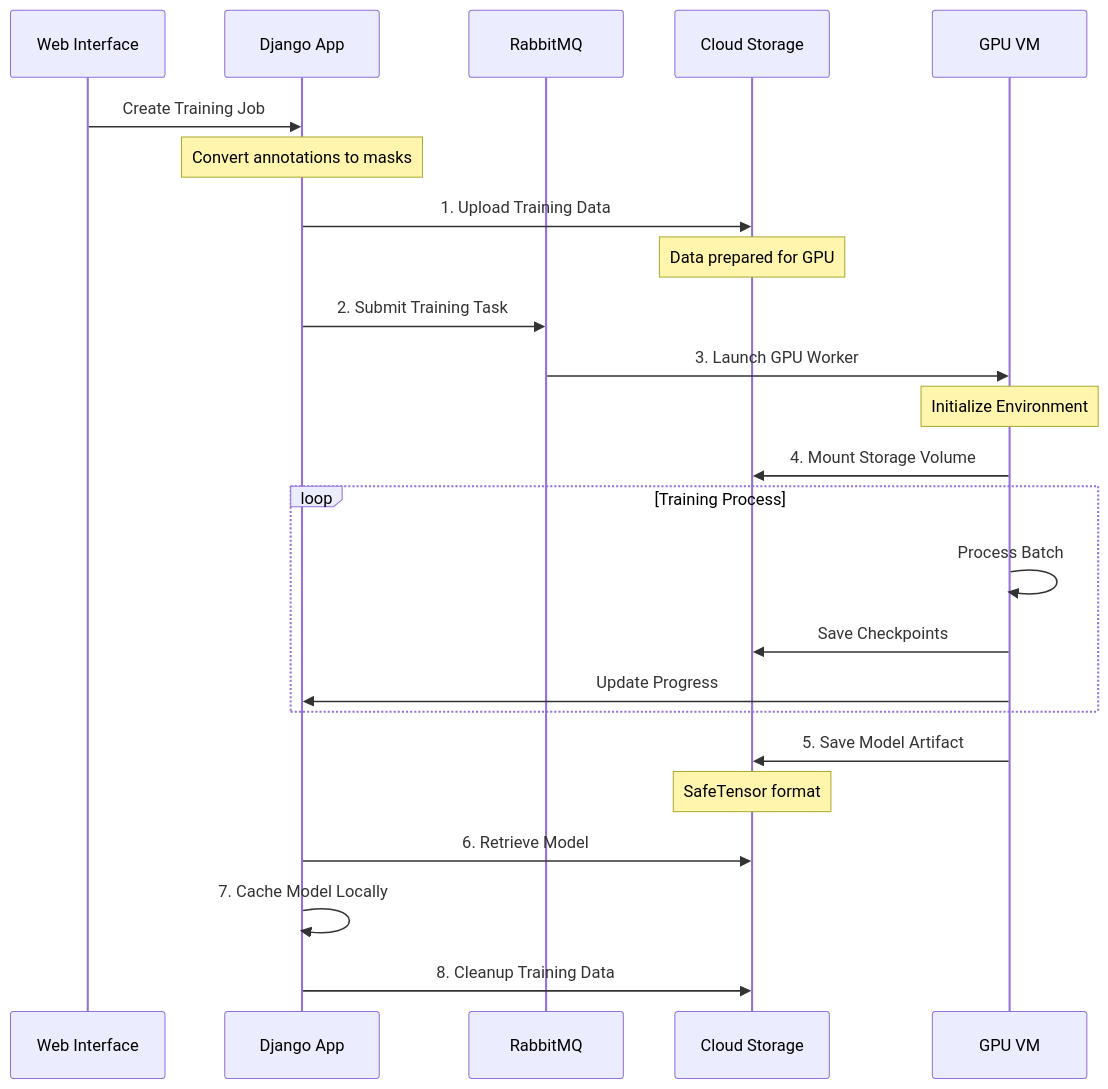
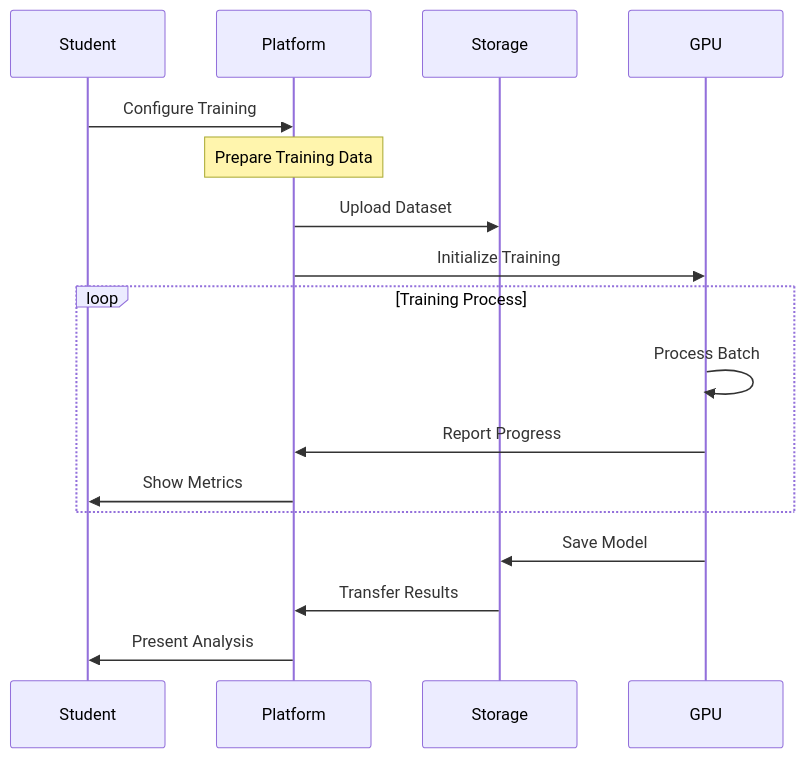
Before and after one commit to frontierbio-tech/frontierbio-tech.github.io: the third of 6 diagrams in test2.md, drawn with Mermaid. The commit also changed other lines of this file, not shown here.

````diff
--- a/test2.md
+++ b/test2.md
@@ -60,33 +106,23 @@
 ```mermaid
 sequenceDiagram
-    participant User as Web Interface
-    participant App as Django App
-    participant Queue as RabbitMQ
-    participant Storage as Cloud Storage
-    participant GPU as GPU VM
+    participant Student
+    participant Platform
+    participant Storage
+    participant GPU
 
-    User->>App: Create Training Job
-    Note over App: Convert annotations to masks
+    Student->>Platform: Configure Training
+    Note over Platform: Prepare Training Data
     
-    App->>Storage: 1. Upload Training Data
-    Note over Storage: Data prepared for GPU
-    
-    App->>Queue: 2. Submit Training Task
-    Queue->>GPU: 3. Launch GPU Worker
-    
-    Note over GPU: Initialize Environment
-    GPU->>Storage: 4. Mount Storage Volume
+    Platform->>Storage: Upload Dataset
+    Platform->>GPU: Initialize Training
     
     loop Training Process
         GPU->>GPU: Process Batch
-        GPU->>Storage: Save Checkpoints
-        GPU->>App: Update Progress
+        GPU->>Platform: Report Progress
+        Platform->>Student: Show Metrics
     end
     
-    GPU->>Storage: 5. Save Model Artifact
-    Note over Storage: SafeTensor format
-    
-    App->>Storage: 6. Retrieve Model
-    App->>App: 7. Cache Model Locally
-    App->>Storage: 8. Cleanup Training Data
+    GPU->>Storage: Save Model
+    Storage->>Platform: Transfer Results
+    Platform->>Student: Present Analysis
 ```
````
